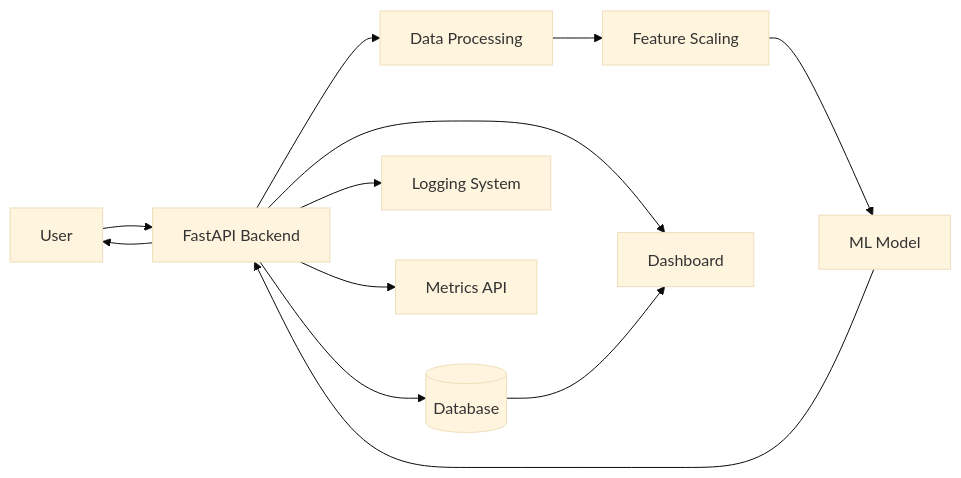
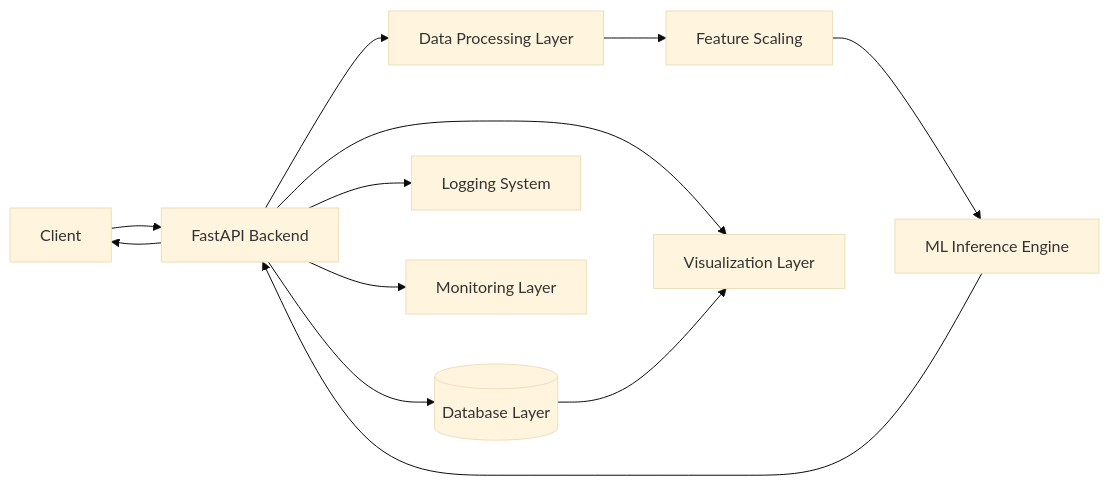
The diagram in README.md (k-siddhartha-ai/real-time-fraud-detection-system), drawn with Mermaid (base theme) before and after one commit. The commit also changed other lines of this file, not shown here.

````diff
--- a/README.md
+++ b/README.md
@@ -28,21 +59,21 @@
 ```mermaid
 flowchart LR
 
-    User[User] --> API[FastAPI Backend]
+    User[Client] --> API[FastAPI Backend]
 
-    API --> Preprocess[Data Processing]
+    API --> Preprocess[Data Processing Layer]
     Preprocess --> Scaler[Feature Scaling]
-    Scaler --> Model[ML Model]
+    Scaler --> Model[ML Inference Engine]
 
     Model --> API
 
-    API --> DB[(Database)]
-    API --> Dashboard[Dashboard]
+    API --> DB[(Database Layer)]
+    API --> Dashboard[Visualization Layer]
 
     DB --> Dashboard
 
     API --> Logs[Logging System]
-    API --> Metrics[Metrics API]
+    API --> Metrics[Monitoring Layer]
 
     API --> User
 ```
````
